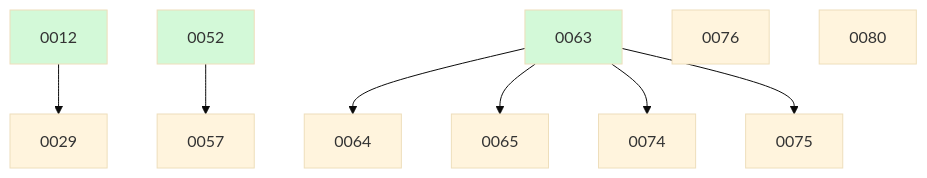
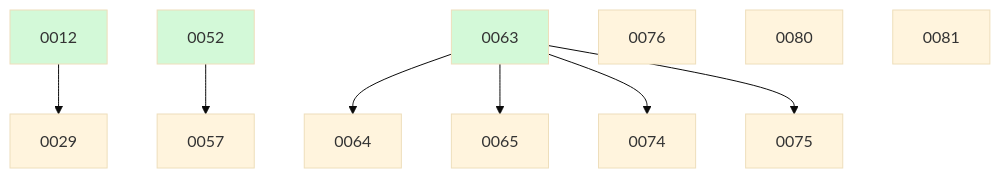
The diagram in docs/changes/BOARD.md (ethanhinson/fuse), drawn with Mermaid (base theme) before and after one commit. The commit also changed other lines of this file, not shown here.

````diff
--- a/docs/changes/BOARD.md
+++ b/docs/changes/BOARD.md
@@ -28,15 +29,16 @@
 ```mermaid
 graph TD
   0012 --> 0029
   0052 --> 0057
   0063 --> 0064
   0063 --> 0065
   0063 --> 0074
   0063 --> 0075
   0076
   0080
+  0081
   0012:::done
   0052:::done
   0063:::done
   classDef done fill:#d3f9d8;
 ```
````
